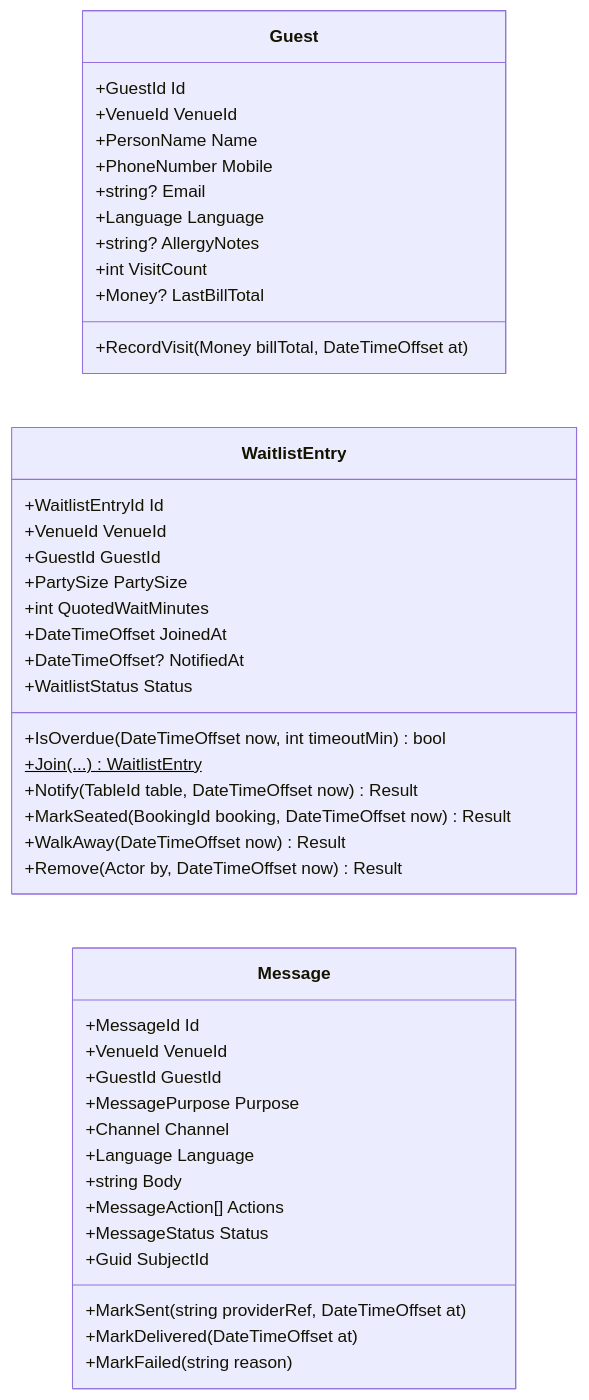
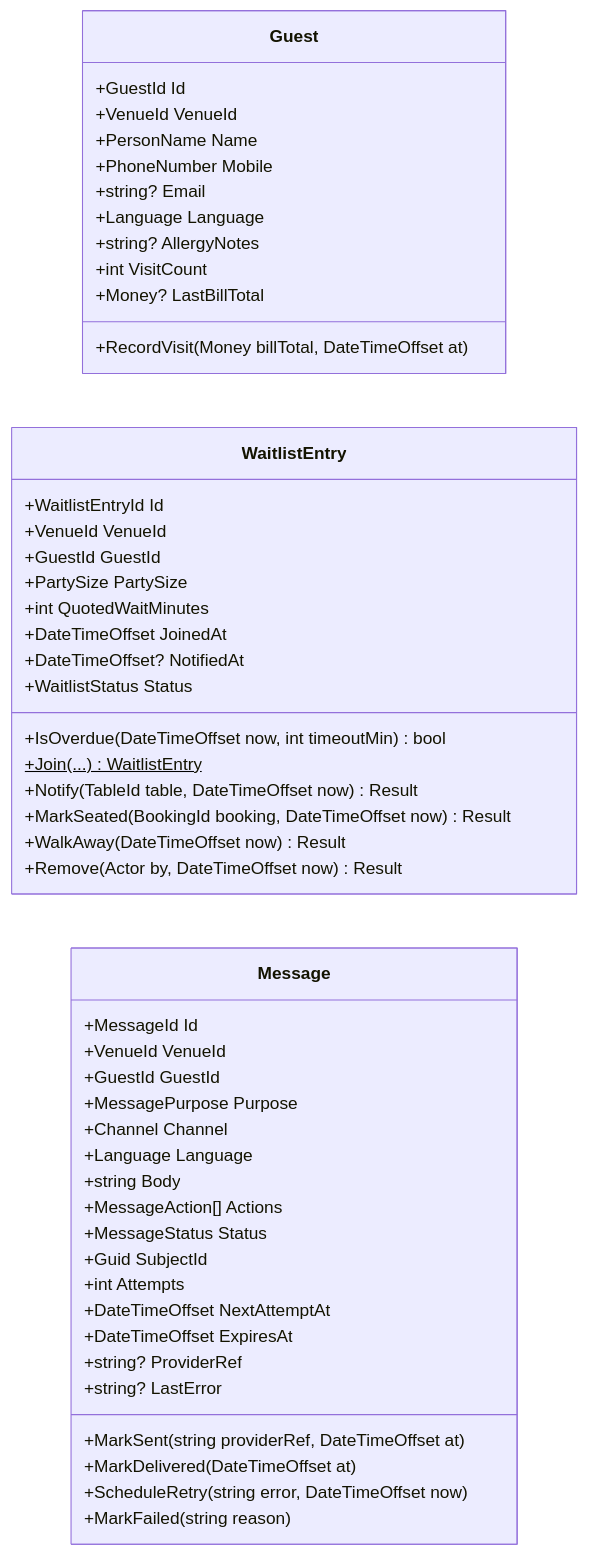
One commit to ring9834/TableReservation changed the fourth of 27 diagrams in docs/Design.md. Above: the diagram before and after it, drawn with Mermaid. The commit also changed other lines of this file, not shown here.

````diff
--- a/docs/Design.md
+++ b/docs/Design.md
@@ -256,47 +256,53 @@
 ```mermaid
 classDiagram
     direction LR
     class Guest {
         +GuestId Id
         +VenueId VenueId
         +PersonName Name
         +PhoneNumber Mobile
         +string? Email
         +Language Language
         +string? AllergyNotes
         +int VisitCount
         +Money? LastBillTotal
         +RecordVisit(Money billTotal, DateTimeOffset at)
     }
     class WaitlistEntry {
         +WaitlistEntryId Id
         +VenueId VenueId
         +GuestId GuestId
         +PartySize PartySize
         +int QuotedWaitMinutes
         +DateTimeOffset JoinedAt
         +DateTimeOffset? NotifiedAt
         +WaitlistStatus Status
         +IsOverdue(DateTimeOffset now, int timeoutMin) bool
         +Join(...)$ WaitlistEntry
         +Notify(TableId table, DateTimeOffset now) Result
         +MarkSeated(BookingId booking, DateTimeOffset now) Result
         +WalkAway(DateTimeOffset now) Result
         +Remove(Actor by, DateTimeOffset now) Result
     }
     class Message {
         +MessageId Id
         +VenueId VenueId
         +GuestId GuestId
         +MessagePurpose Purpose
         +Channel Channel
         +Language Language
         +string Body
         +MessageAction[] Actions
         +MessageStatus Status
         +Guid SubjectId
+        +int Attempts
+        +DateTimeOffset NextAttemptAt
+        +DateTimeOffset ExpiresAt
+        +string? ProviderRef
+        +string? LastError
         +MarkSent(string providerRef, DateTimeOffset at)
         +MarkDelivered(DateTimeOffset at)
+        +ScheduleRetry(string error, DateTimeOffset now)
         +MarkFailed(string reason)
     }
 ```
````
